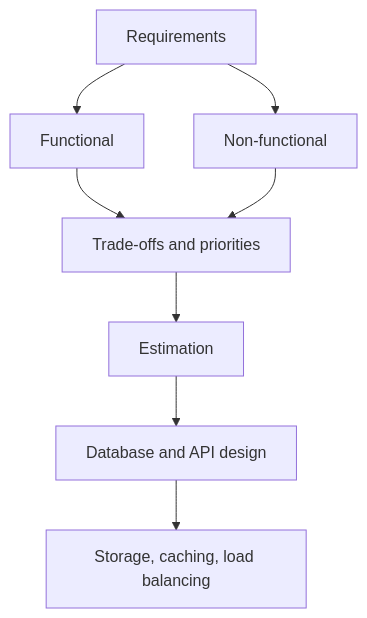
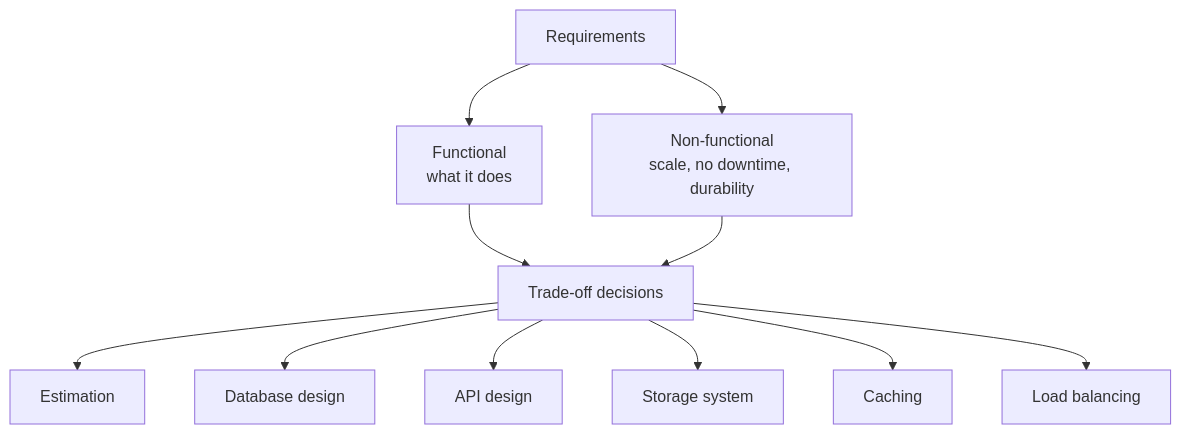
One commit to kaisarnajar/outcome-school-blogs changed the diagram in notes/step-16b-supporting-reads/216-system-design.md. Above: the diagram before and after it, drawn with Mermaid. The commit also changed other lines of this file and 233 other files, not shown here.

````diff
--- a/notes/step-16b-supporting-reads/216-system-design.md
+++ b/notes/step-16b-supporting-reads/216-system-design.md
@@ -29,10 +41,13 @@
 ```mermaid
 flowchart TD
-    A["Requirements"] --> B["Functional"]
-    A --> C["Non-functional"]
-    B --> D["Trade-offs and priorities"]
-    C --> D
-    D --> E["Estimation"]
-    E --> F["Database and API design"]
-    F --> G["Storage, caching, load balancing"]
+  R1["Requirements"] --> F1["Functional<br/>what it does"]
+  R1 --> N1["Non-functional<br/>scale, no downtime, durability"]
+  F1 --> D1["Trade-off decisions"]
+  N1 --> D1
+  D1 --> S1["Estimation"]
+  D1 --> S2["Database design"]
+  D1 --> S3["API design"]
+  D1 --> S4["Storage system"]
+  D1 --> S5["Caching"]
+  D1 --> S6["Load balancing"]
 ```
````
